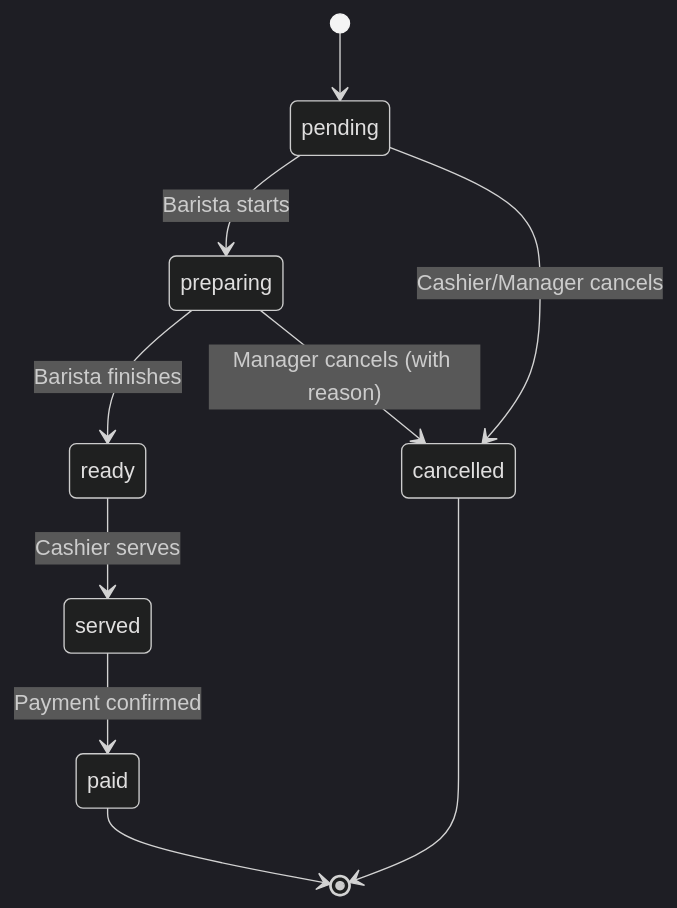
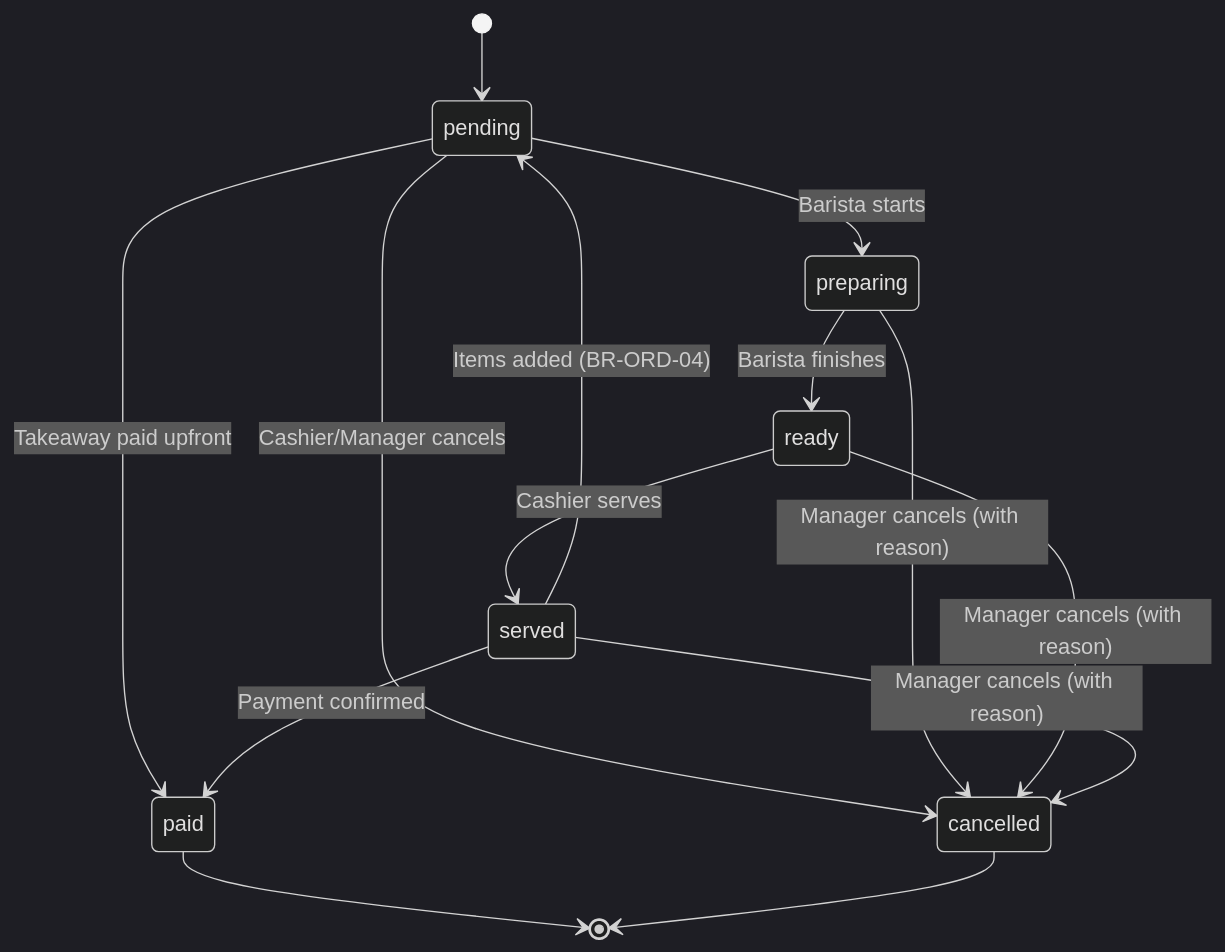
Before and after one commit to huytran303/CafeManagementSystem: the second of 4 diagrams in docs/product-brief.md, drawn with Mermaid (dark theme). The commit also changed other lines of this file, not shown here.

````diff
--- a/docs/product-brief.md
+++ b/docs/product-brief.md
@@ -148,12 +148,16 @@
 ```mermaid
 stateDiagram-v2
     [*] --> pending
     pending --> preparing: Barista starts
     pending --> cancelled: Cashier/Manager cancels
+    pending --> paid: Takeaway paid upfront
     preparing --> ready: Barista finishes
     preparing --> cancelled: Manager cancels (with reason)
     ready --> served: Cashier serves
+    ready --> cancelled: Manager cancels (with reason)
     served --> paid: Payment confirmed
+    served --> pending: Items added (BR-ORD-04)
+    served --> cancelled: Manager cancels (with reason)
     paid --> [*]
     cancelled --> [*]
 ```
````
